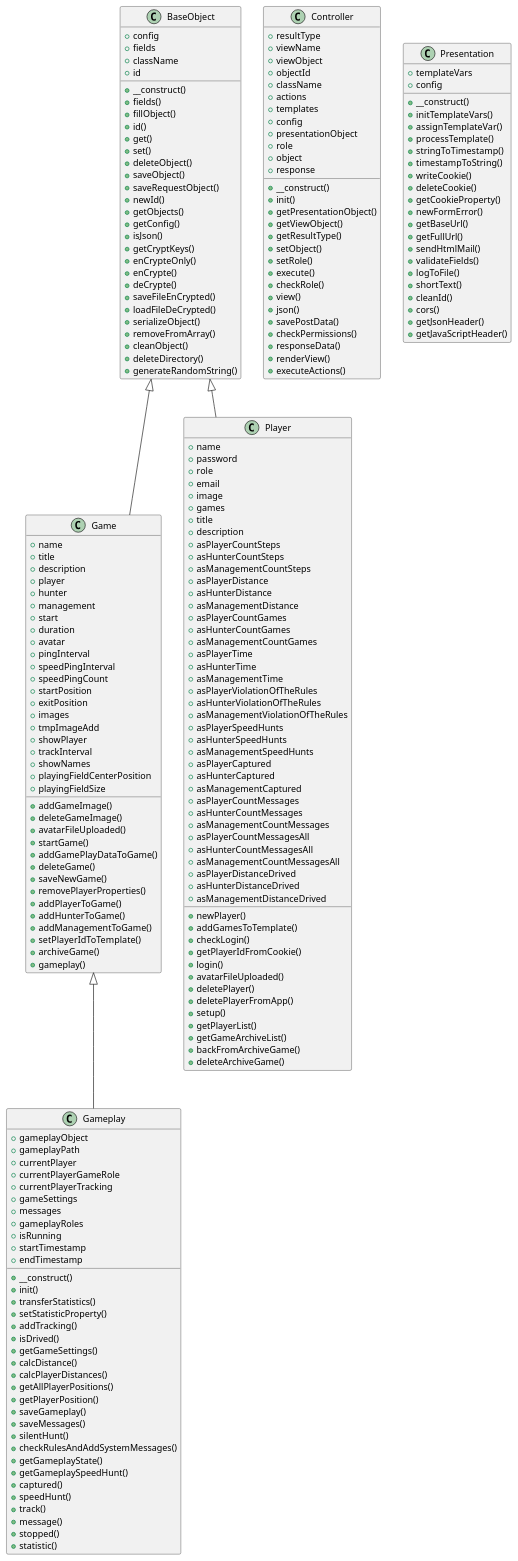
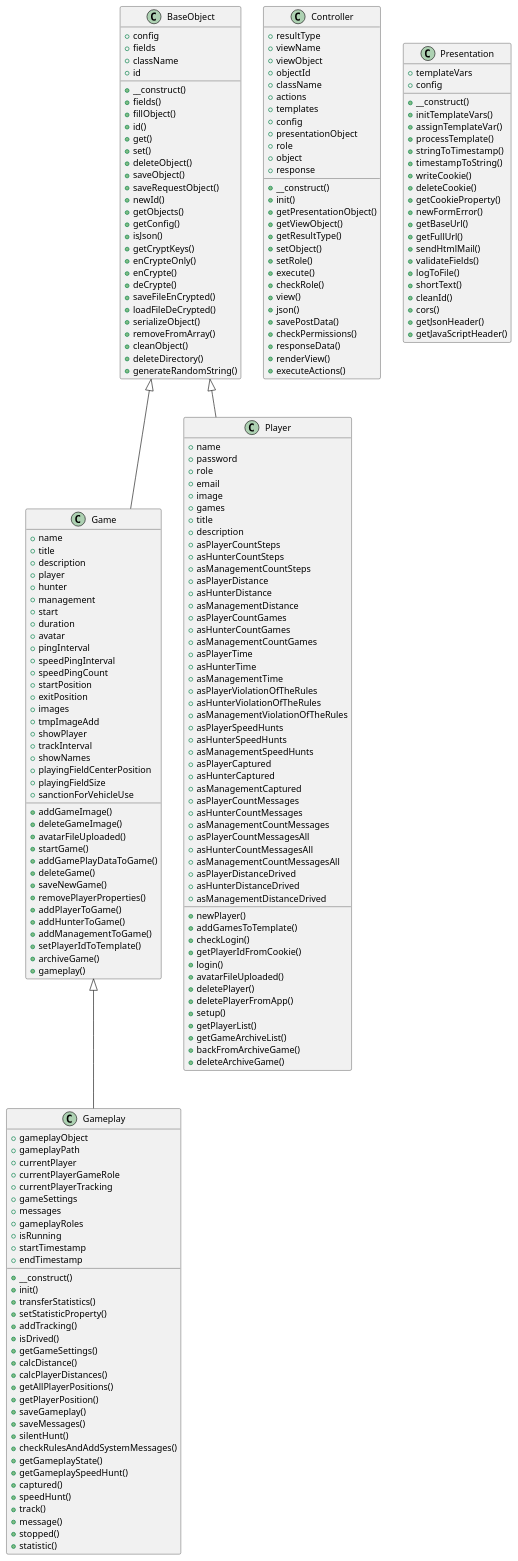
Before and after one commit to septem-sensu/friendshunt: the diagram in includes/docs/php/graphs/classes.puml, drawn with PlantUML. The commit also changed 17 other files, not shown here.

```diff
--- a/includes/docs/php/graphs/classes.puml
+++ b/includes/docs/php/graphs/classes.puml
@@ -84,6 +84,7 @@
   +showNames
   +playingFieldCenterPosition
   +playingFieldSize
+  +sanctionForVehicleUse
   +addGameImage()
   +deleteGameImage()
   +avatarFileUploaded()
```
